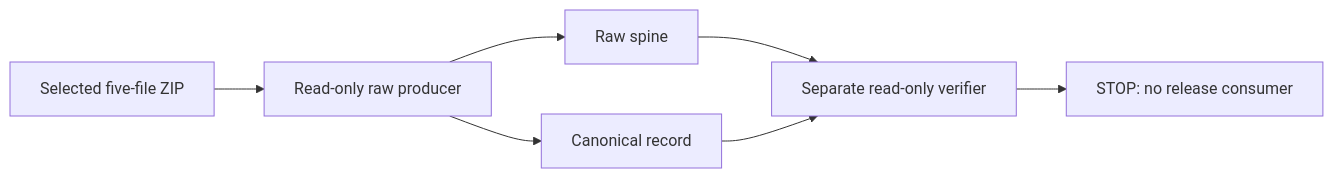
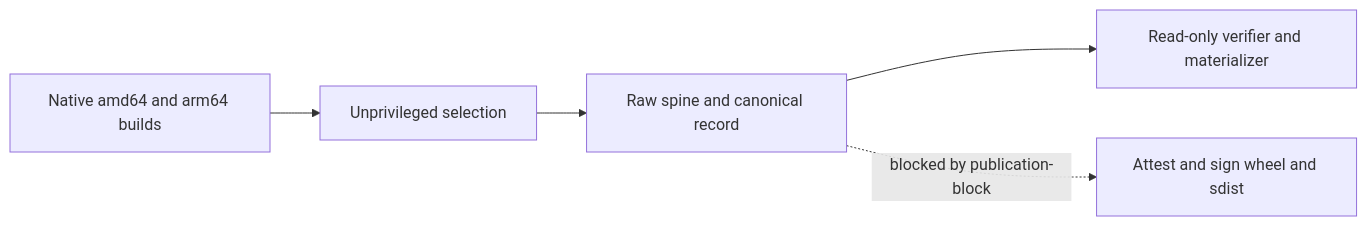
One commit to stampbot/extra-codeowners changed the diagram in docs/reference/python-distribution-spine-format.md. Above: the diagram before and after it, drawn with Mermaid. The commit also changed other lines of this file and 11 other files, not shown here.

````diff
--- a/docs/reference/python-distribution-spine-format.md
+++ b/docs/reference/python-distribution-spine-format.md
@@ -26,9 +26,7 @@
 ```mermaid
 flowchart LR
-    ZIP[Selected five-file ZIP] --> Producer[Read-only raw producer]
-    Producer --> Spine[Raw spine]
-    Producer --> Record[Canonical record]
-    Spine --> Verifier[Separate read-only verifier]
-    Record --> Verifier
-    Verifier --> Stop[STOP: no release consumer]
+    A[Native amd64 and arm64 builds] --> B[Unprivileged selection]
+    B --> C[Raw spine and canonical record]
+    C --> D[Read-only verifier and materializer]
+    C -. blocked by publication-block .-> E[Attest and sign wheel and sdist]
 ```
````
